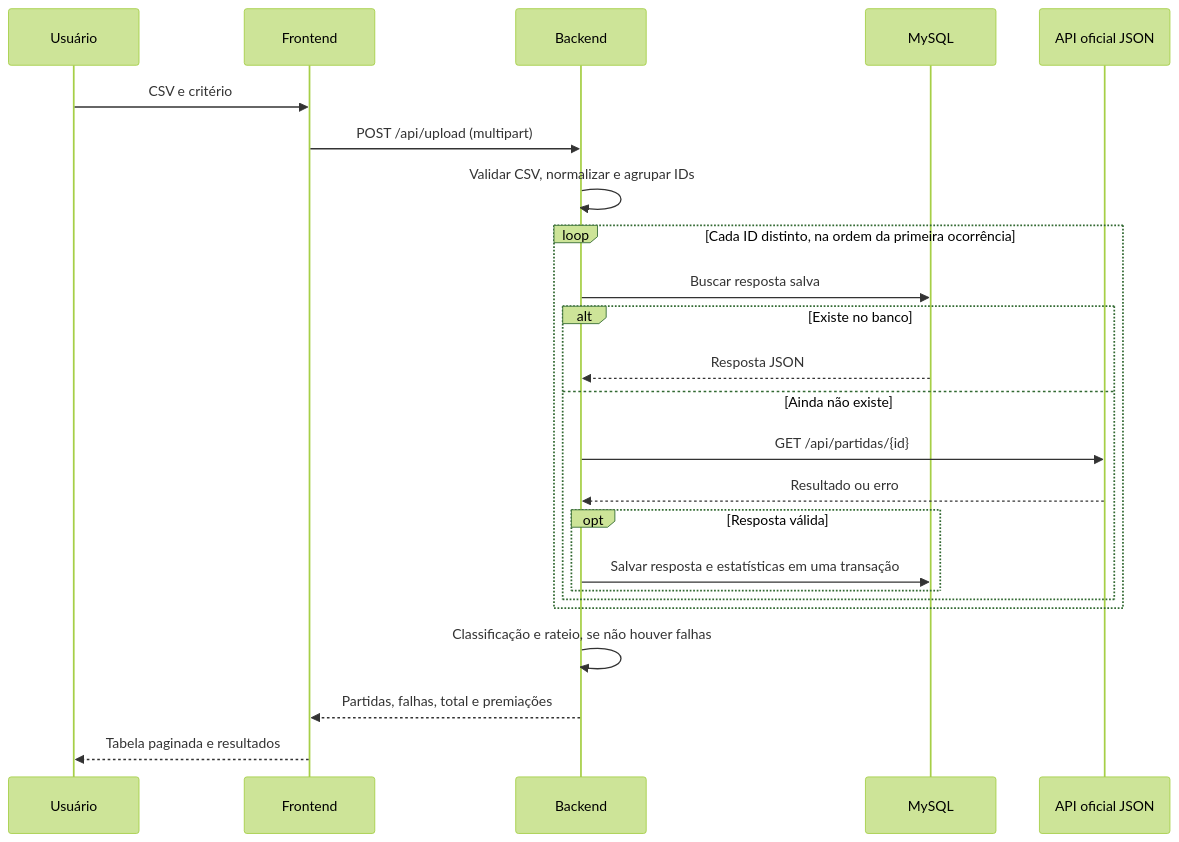
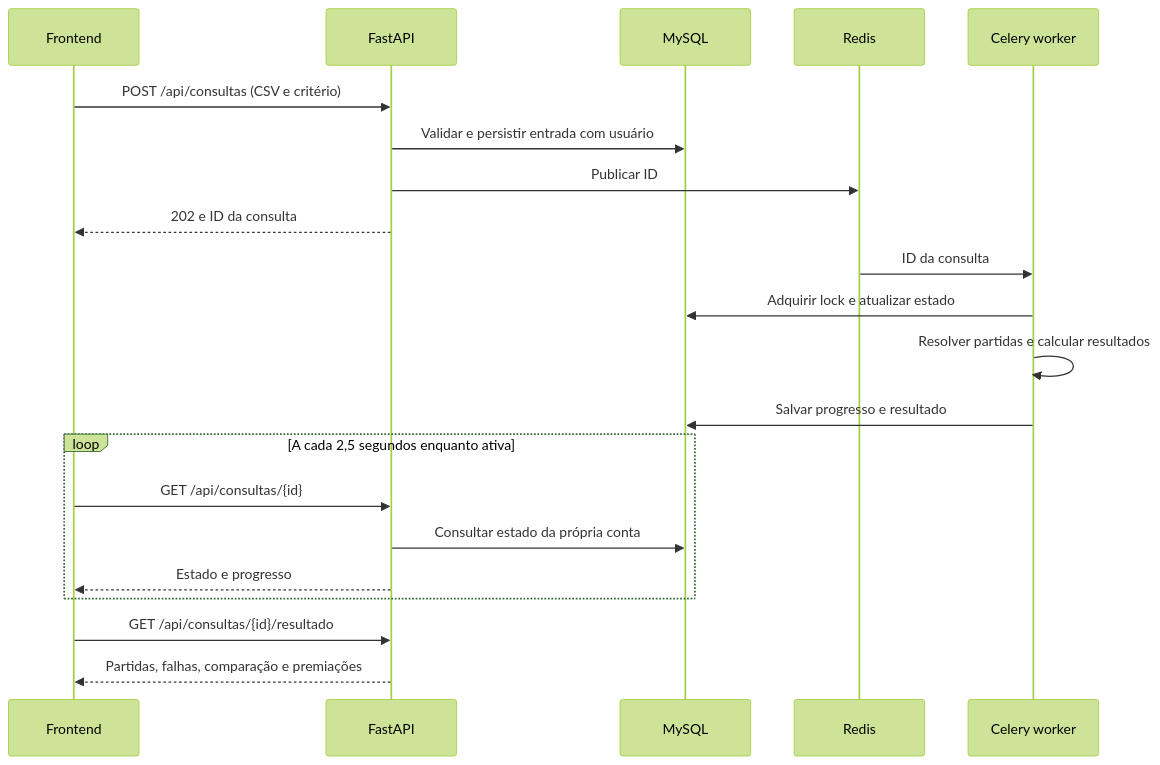
One commit to mikasa42/esports-prize-validator changed the diagram in DECISIONS.md. Above: the diagram before and after it, drawn with Mermaid (forest theme). The commit also changed other lines of this file and 16 other files, not shown here.

Commit message:
feat(backend)- add Celery and Redis to process long-running tasks asynchronously

````diff
--- a/DECISIONS.md
+++ b/DECISIONS.md
@@ -31,26 +31,23 @@
 ```mermaid
 sequenceDiagram
-    participant U as Usuário
     participant F as Frontend
-    participant B as Backend
+    participant B as FastAPI
     participant D as MySQL
-    participant A as API oficial JSON
-    U->>F: CSV e critério
-    F->>B: POST /api/upload (multipart)
-    B->>B: Validar CSV, normalizar e agrupar IDs
-    loop Cada ID distinto, na ordem da primeira ocorrência
-        B->>D: Buscar resposta salva
-        alt Existe no banco
-            D-->>B: Resposta JSON
-        else Ainda não existe
-            B->>A: GET /api/partidas/{id}
-            A-->>B: Resultado ou erro
-            opt Resposta válida
-                B->>D: Salvar resposta e estatísticas em uma transação
-            end
-        end
+    participant R as Redis
+    participant W as Celery worker
+    F->>B: POST /api/consultas (CSV e critério)
+    B->>D: Validar e persistir entrada com usuário
+    B->>R: Publicar ID
+    B-->>F: 202 e ID da consulta
+    R->>W: ID da consulta
+    W->>D: Adquirir lock e atualizar estado
+    W->>W: Resolver partidas e calcular resultados
+    W->>D: Salvar progresso e resultado
+    loop A cada 2,5 segundos enquanto ativa
+        F->>B: GET /api/consultas/{id}
+        B->>D: Consultar estado da própria conta
+        B-->>F: Estado e progresso
     end
-    B->>B: Classificação e rateio, se não houver falhas
-    B-->>F: Partidas, falhas, total e premiações
-    F-->>U: Tabela paginada e resultados
+    F->>B: GET /api/consultas/{id}/resultado
+    B-->>F: Partidas, falhas, comparação e premiações
 ```
````
